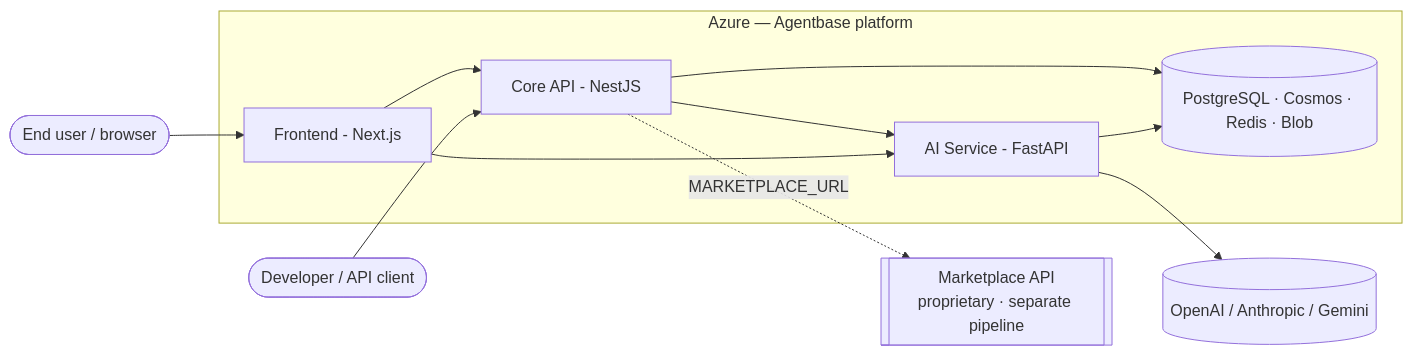
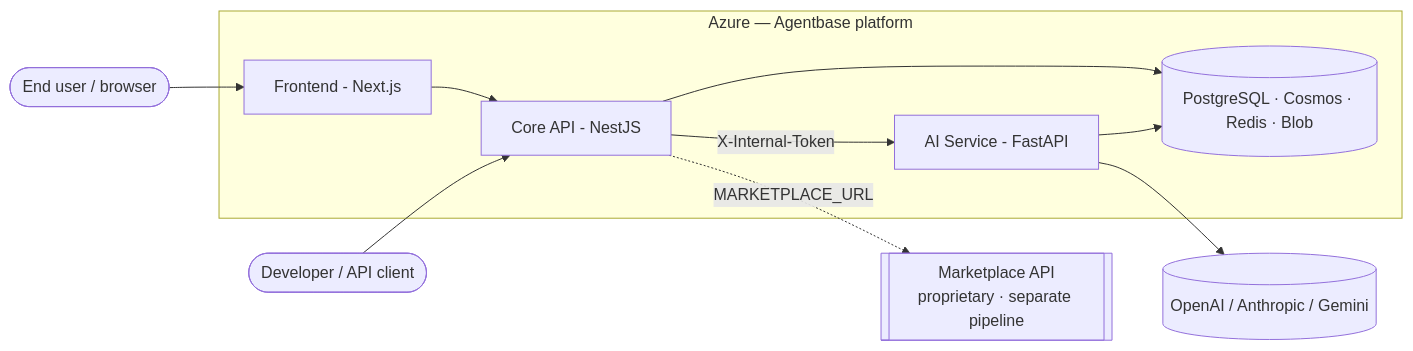
The first of 5 diagrams in docs/azure/architecture.md (AgentaFlow/agentbase), drawn with Mermaid before and after one commit. The commit also changed other lines of this file and 28 other files, not shown here.

````diff
--- a/docs/azure/architecture.md
+++ b/docs/azure/architecture.md
@@ -50,23 +50,22 @@
 ```mermaid
 graph LR
   user([End user / browser])
   dev([Developer / API client])
 
   subgraph azure[Azure — Agentbase platform]
     fe[Frontend - Next.js]
     core[Core API - NestJS]
     ai[AI Service - FastAPI]
     data[(PostgreSQL · Cosmos · Redis · Blob)]
   end
 
   mkt[[Marketplace API<br/>proprietary · separate pipeline]]
   llm[(OpenAI / Anthropic / Gemini)]
 
   user --> fe --> core
   dev --> core
-  core --> ai --> llm
+  core -->|X-Internal-Token| ai --> llm
   core --> data
   ai --> data
   core -. MARKETPLACE_URL .-> mkt
-  fe --> ai
 ```
````
